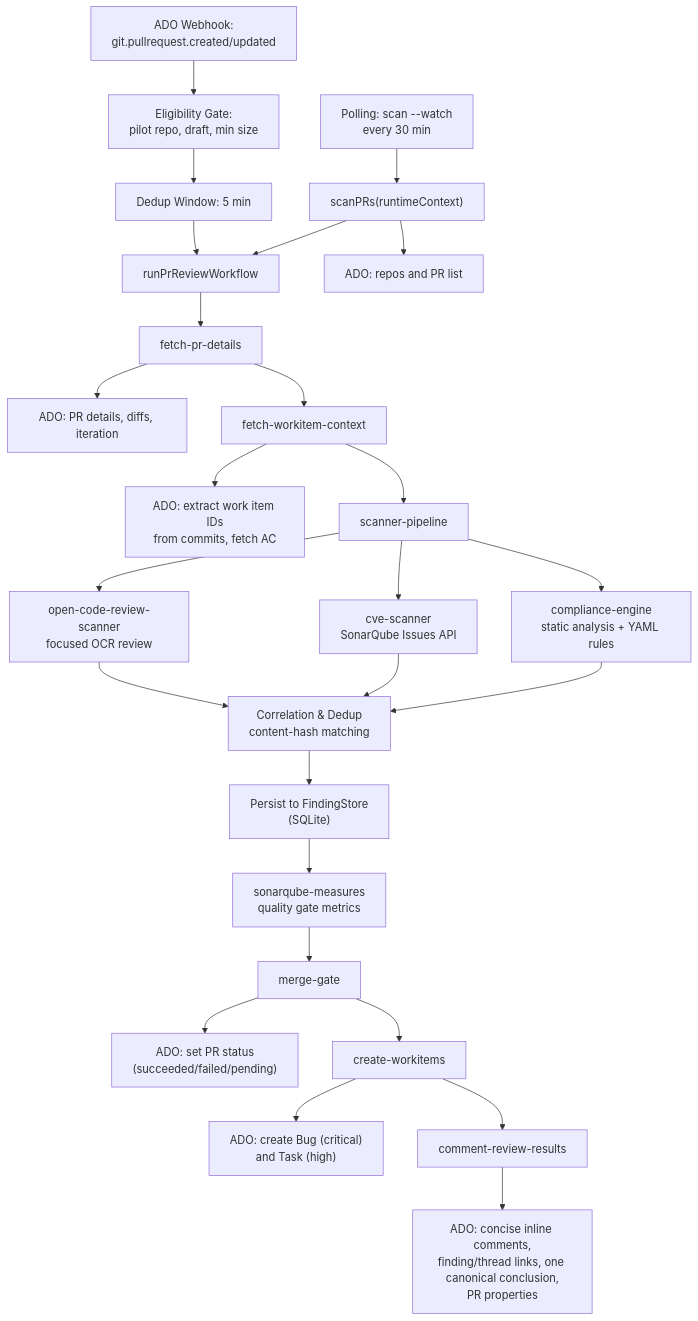
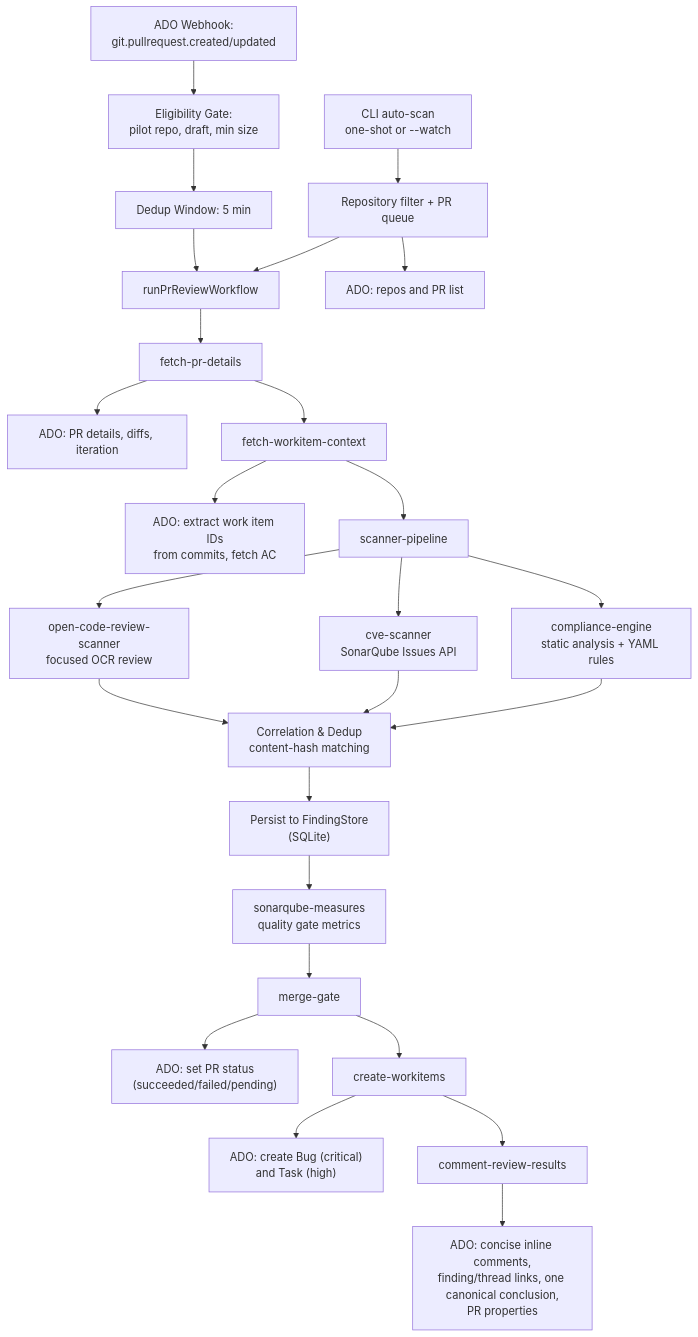
One commit to lushevol/code-review-agent changed the diagram in agents/ratan-code-review-agent/docs/RUNTIME_ARCHITECTURE.md. Above: the diagram before and after it, drawn with Mermaid. The commit also changed other lines of this file and 133 other files, not shown here.

````diff
--- a/agents/ratan-code-review-agent/docs/RUNTIME_ARCHITECTURE.md
+++ b/agents/ratan-code-review-agent/docs/RUNTIME_ARCHITECTURE.md
@@ -5,34 +5,34 @@
 ```mermaid
 flowchart TD
     Webhook["ADO Webhook:<br/>git.pullrequest.created/updated"] --> Eligibility["Eligibility Gate:<br/>pilot repo, draft, min size"]
     Eligibility --> Dedup["Dedup Window: 5 min"]
     Dedup --> WorkflowRun["runPrReviewWorkflow"]
 
-    Polling["Polling: scan --watch<br/>every 30 min"] --> PRScan["scanPRs(runtimeContext)"]
-    PRScan --> ADOList["ADO: repos and PR list"]
-    PRScan --> WorkflowRun
+    Polling["CLI auto-scan<br/>one-shot or --watch"] --> PRQueue["Repository filter + PR queue"]
+    PRQueue --> ADOList["ADO: repos and PR list"]
+    PRQueue --> WorkflowRun
 
     WorkflowRun --> FetchPR["fetch-pr-details"]
     FetchPR --> ADOFetch["ADO: PR details, diffs, iteration"]
     FetchPR --> FetchWIC["fetch-workitem-context"]
     FetchWIC --> ADOWI["ADO: extract work item IDs<br/>from commits, fetch AC"]
 
     FetchWIC --> Scanners["scanner-pipeline"]
     Scanners --> AIReview["open-code-review-scanner<br/>focused OCR review"]
     Scanners --> CVE["cve-scanner<br/>SonarQube Issues API"]
     Scanners --> Compliance["compliance-engine<br/>static analysis + YAML rules"]
     AIReview --> Correlate["Correlation & Dedup<br/>content-hash matching"]
     CVE --> Correlate
     Compliance --> Correlate
     Correlate --> Persist["Persist to FindingStore<br/>(SQLite)"]
     Persist --> Sonar["sonarqube-measures<br/>quality gate metrics"]
 
     Sonar --> MergeGate["merge-gate"]
     MergeGate --> ADOStatus["ADO: set PR status<br/>(succeeded/failed/pending)"]
 
     MergeGate --> WorkItems["create-workitems"]
     WorkItems --> ADOWI2["ADO: create Bug (critical)<br/>and Task (high)"]
 
     WorkItems --> Comment["comment-review-results"]
     Comment --> ADOWrite["ADO: concise inline comments,<br/>finding/thread links, one canonical conclusion,<br/>PR properties"]
 ```
````
